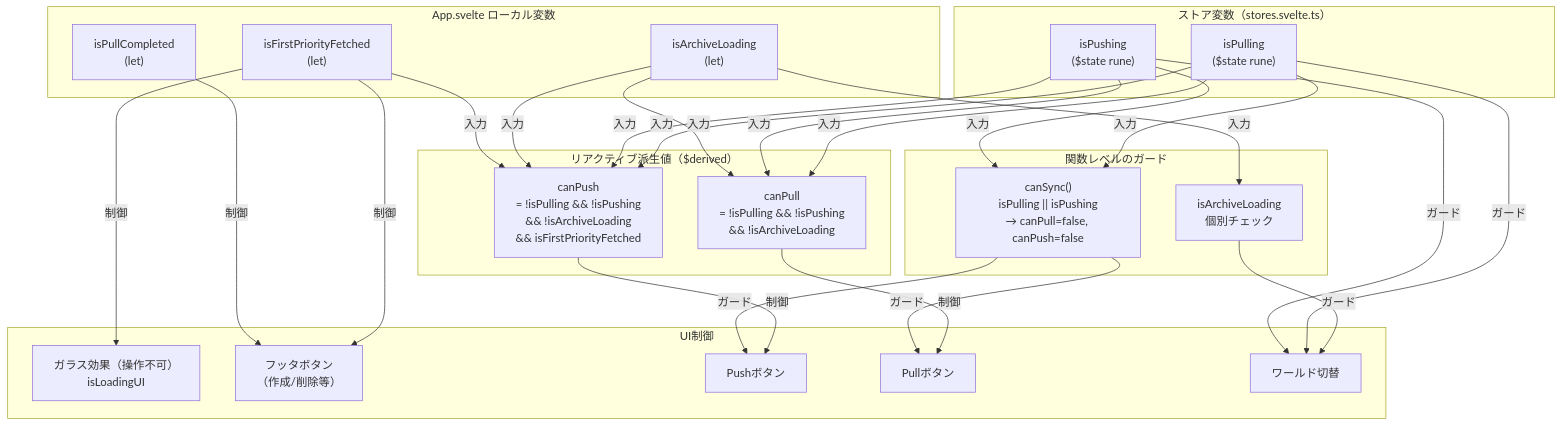
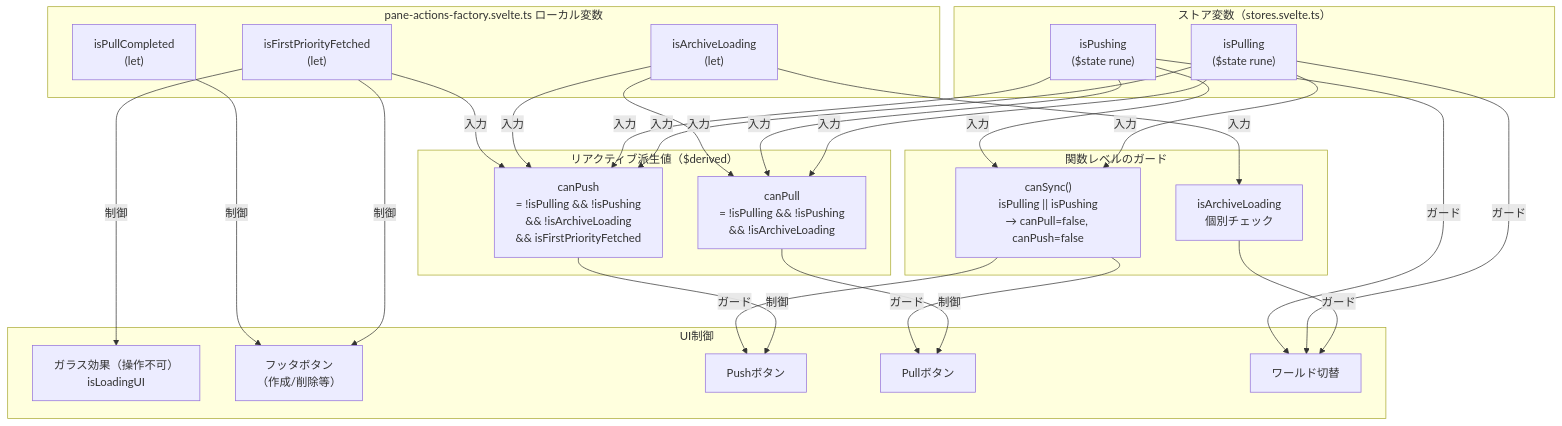
Before and after one commit to kako-jun/agasteer: the sixth of 6 diagrams in docs/development/sync/push-pull.md, drawn with Mermaid. The commit also changed other lines of this file and 7 other files, not shown here.

````diff
--- a/docs/development/sync/push-pull.md
+++ b/docs/development/sync/push-pull.md
@@ -809,54 +809,54 @@
 ```mermaid
 flowchart TB
     subgraph "ストア変数（stores.svelte.ts）"
         isPulling["isPulling<br/>($state rune)"]
         isPushing["isPushing<br/>($state rune)"]
     end
 
-    subgraph "App.svelte ローカル変数"
+    subgraph "pane-actions-factory.svelte.ts ローカル変数"
         isArchiveLoading["isArchiveLoading<br/>(let)"]
         isFirstPriorityFetched["isFirstPriorityFetched<br/>(let)"]
         isPullCompleted["isPullCompleted<br/>(let)"]
     end
 
     subgraph "リアクティブ派生値（$derived）"
         canPull["canPull<br/>= !isPulling && !isPushing<br/>&& !isArchiveLoading"]
         canPush["canPush<br/>= !isPulling && !isPushing<br/>&& !isArchiveLoading<br/>&& isFirstPriorityFetched"]
     end
 
     subgraph "UI制御"
         glassFX["ガラス効果（操作不可）<br/>isLoadingUI"]
         footerBtns["フッタボタン<br/>（作成/削除等）"]
         pushBtn["Pushボタン"]
         pullBtn["Pullボタン"]
         worldSW["ワールド切替"]
     end
 
     subgraph "関数レベルのガード"
         canSyncFn["canSync()<br/>isPulling || isPushing<br/>→ canPull=false, canPush=false"]
         archiveGuard["isArchiveLoading<br/>個別チェック"]
     end
 
     isPulling -->|入力| canPull
     isPulling -->|入力| canPush
     isPulling -->|入力| canSyncFn
     isPushing -->|入力| canPull
     isPushing -->|入力| canPush
     isPushing -->|入力| canSyncFn
     isArchiveLoading -->|入力| canPull
     isArchiveLoading -->|入力| canPush
     isArchiveLoading -->|入力| archiveGuard
     isFirstPriorityFetched -->|入力| canPush
     isFirstPriorityFetched -->|制御| glassFX
     isFirstPriorityFetched -->|制御| footerBtns
     isPullCompleted -->|制御| footerBtns
 
     canPull -->|制御| pullBtn
     canPush -->|制御| pushBtn
     canSyncFn -->|ガード| pullBtn
     canSyncFn -->|ガード| pushBtn
     archiveGuard -->|ガード| worldSW
 
     isPulling -->|ガード| worldSW
     isPushing -->|ガード| worldSW
 ```
````
